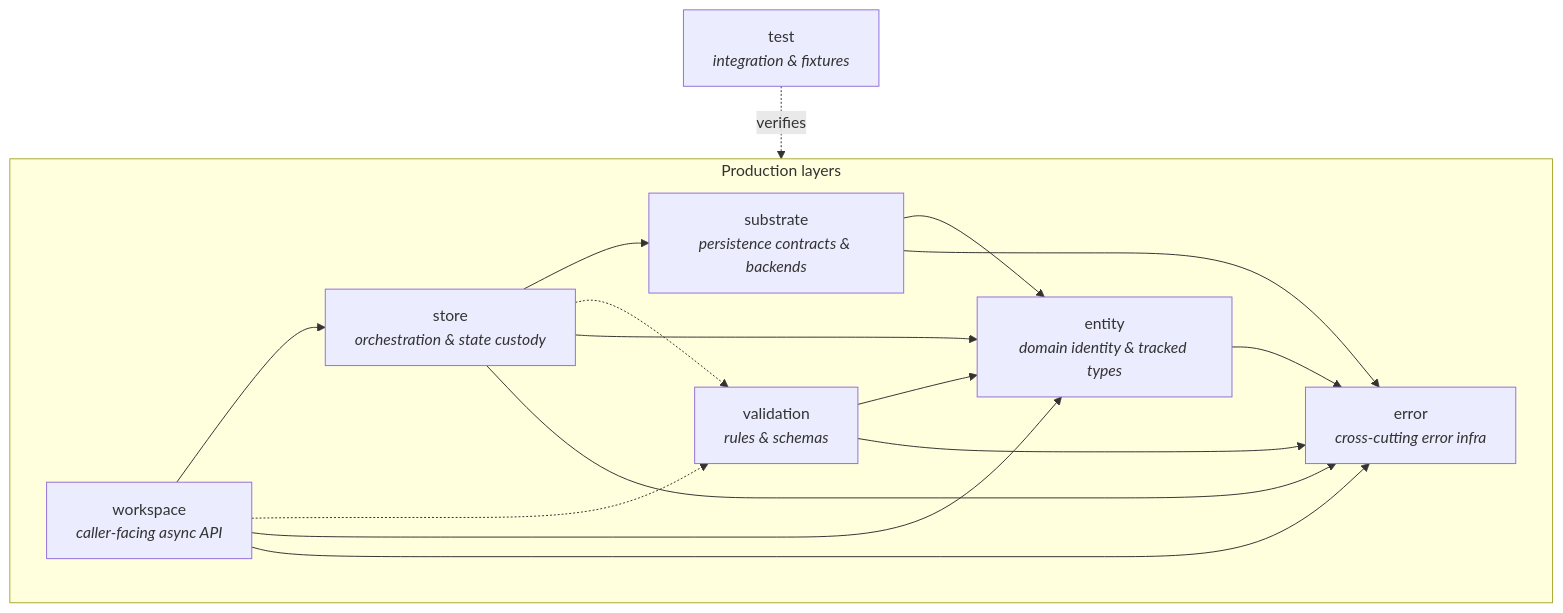
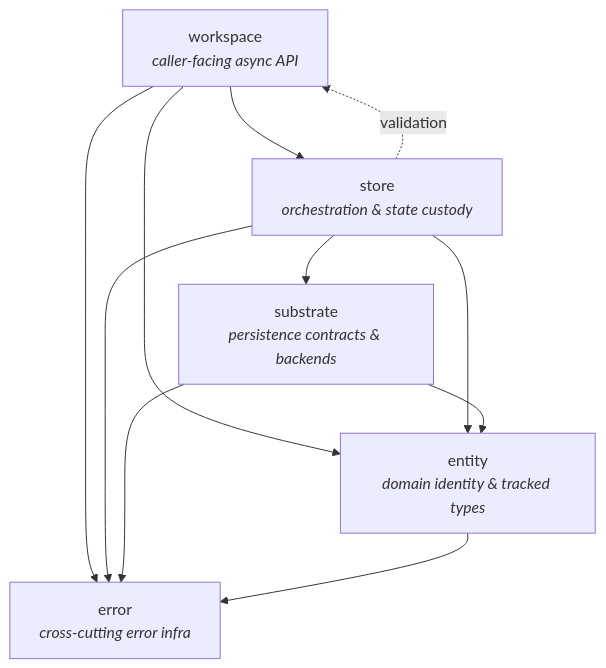
Before and after one commit to Gubbi/pari: the first of 2 diagrams in docs/design/layers/layer-model.md, drawn with Mermaid. The commit also changed other lines of this file, not shown here.

Commit message:
Refresh layer model around composition and validation seam
Validation no longer appears as a peer layer — it's owned by workspace
and shows up there in the ownership table. Test is dropped from the
formal layer list and lives in test.md as cross-cutting documentation.
The dependency graph surfaces the store→workspace validation seam as
the only cycle, and the doc unfolds layers progressively rather than
introducing exceptions defensively.

````diff
--- a/docs/design/layers/layer-model.md
+++ b/docs/design/layers/layer-model.md
@@ -21,28 +21,19 @@
 ```mermaid
 flowchart TB
-    subgraph production["Production layers"]
-        workspace[workspace<br/><i>caller-facing async API</i>]
-        store[store<br/><i>orchestration & state custody</i>]
-        substrate[substrate<br/><i>persistence contracts & backends</i>]
-        entity[entity<br/><i>domain identity & tracked types</i>]
-        validation[validation<br/><i>rules & schemas</i>]
-        error[error<br/><i>cross-cutting error infra</i>]
+    workspace[workspace<br/><i>caller-facing async API</i>]
+    store[store<br/><i>orchestration & state custody</i>]
+    substrate[substrate<br/><i>persistence contracts & backends</i>]
+    entity[entity<br/><i>domain identity & tracked types</i>]
+    error[error<br/><i>cross-cutting error infra</i>]
 
-        workspace --> store
-        store --> substrate
-        workspace -.-> validation
-        store -.-> validation
-        workspace --> entity
-        store --> entity
-        substrate --> entity
-        validation --> entity
-        workspace --> error
-        store --> error
-        substrate --> error
-        validation --> error
-        entity --> error
-    end
-
-    test[test<br/><i>integration & fixtures</i>]
-    test -.->|verifies| production
+    workspace --> store
+    store -.->|validation| workspace
+    store --> substrate
+    workspace --> entity
+    store --> entity
+    substrate --> entity
+    workspace --> error
+    store --> error
+    substrate --> error
+    entity --> error
 ```
````
